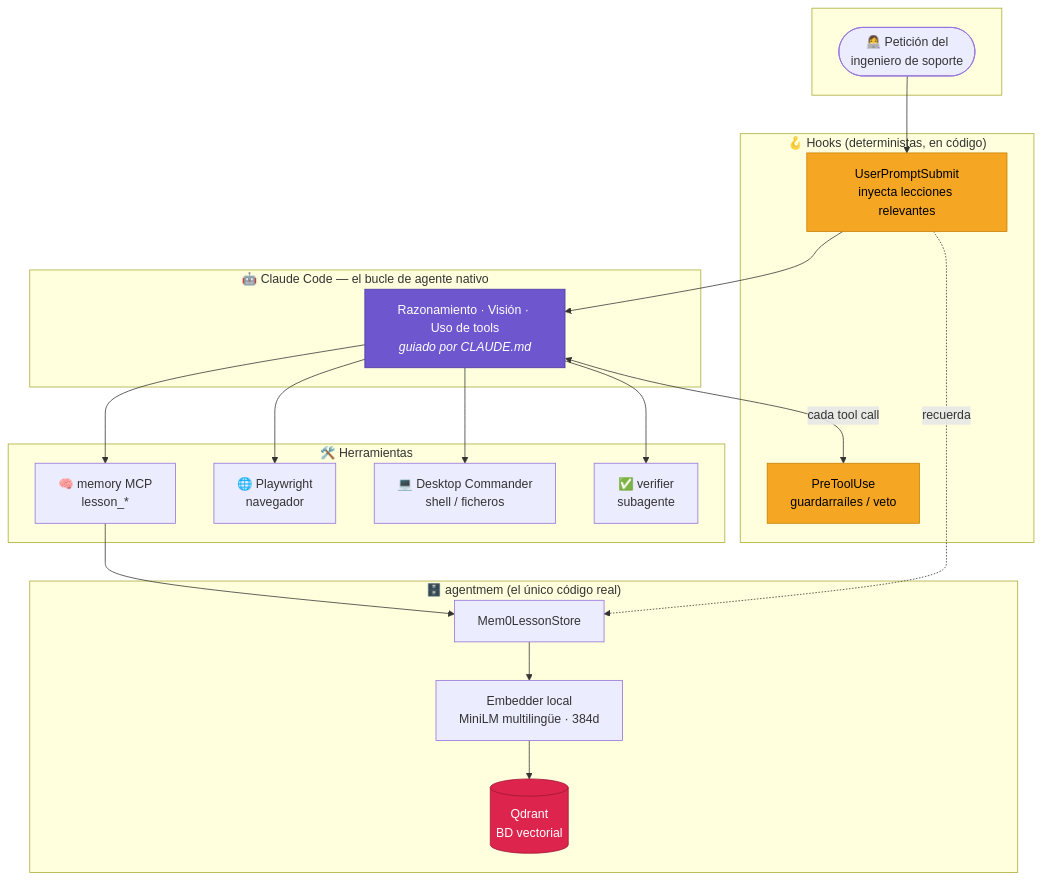
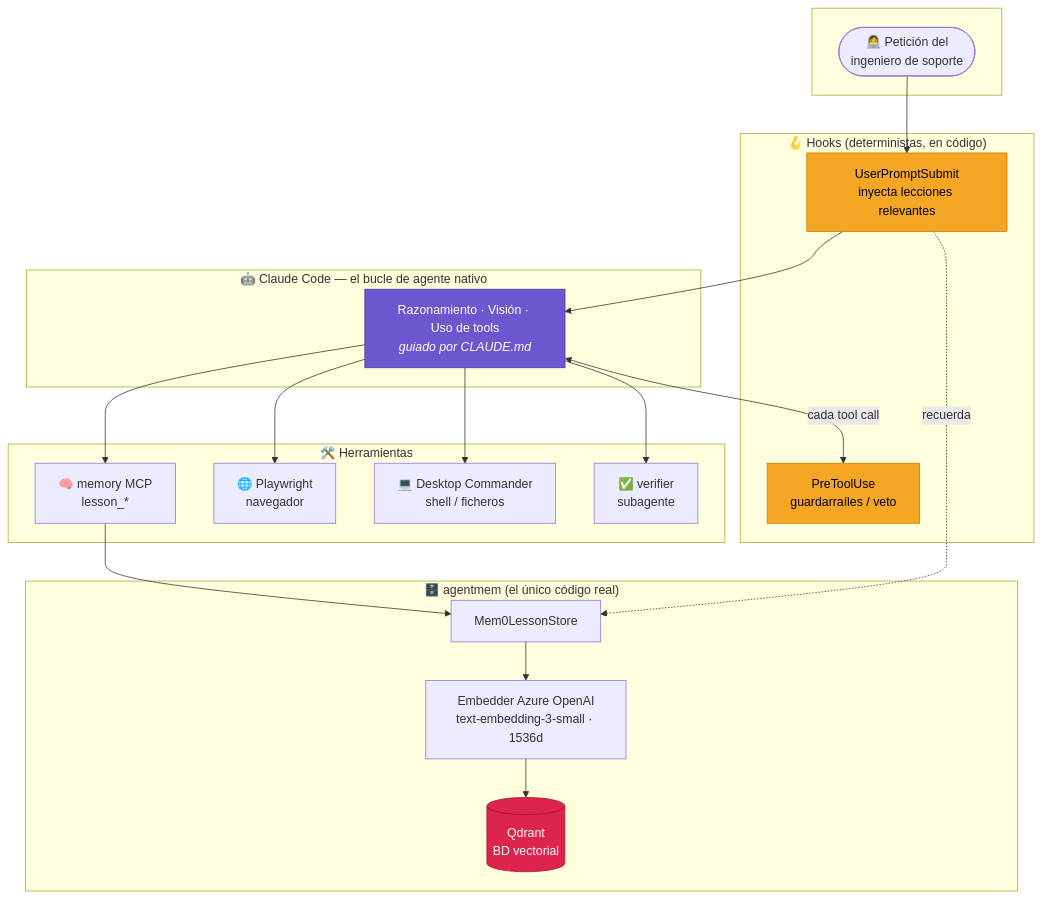
Before and after one commit to mgaldon17/AgentScalator-Claude: the fifth of 8 diagrams in README.md, drawn with Mermaid. The commit also changed other lines of this file and 13 other files, not shown here.

First line of the commit message:
feat: migrate embedder to Azure OpenAI and update RAG backend to Azure AI Search

````diff
--- a/README.md
+++ b/README.md
@@ -392,42 +396,42 @@
 ```mermaid
 flowchart TB
     subgraph user [" "]
         ENG([👩‍💻 Petición del<br/>ingeniero de soporte])
     end
 
     subgraph cc ["🤖 Claude Code — el bucle de agente nativo"]
         BRAIN["Razonamiento · Visión · Uso de tools<br/><i>guiado por CLAUDE.md</i>"]
     end
 
     subgraph hooks ["🪝 Hooks (deterministas, en código)"]
         H1["UserPromptSubmit<br/>inyecta lecciones relevantes"]
         H2["PreToolUse<br/>guardarraíles / veto"]
     end
 
     subgraph tools ["🛠️ Herramientas"]
         T1["🧠 memory MCP<br/>lesson_*"]
         T2["🌐 Playwright<br/>navegador"]
         T3["💻 Desktop Commander<br/>shell / ficheros"]
         T4["✅ verifier<br/>subagente"]
     end
 
     subgraph mem ["🗄️ agentmem (el único código real)"]
         STORE["Mem0LessonStore"]
-        EMB["Embedder local<br/>MiniLM multilingüe · 384d"]
+        EMB["Embedder Azure OpenAI<br/>text-embedding-3-small · 1536d"]
         QDR[("Qdrant<br/>BD vectorial")]
     end
 
     ENG --> H1 --> BRAIN
     BRAIN <-->|cada tool call| H2
     BRAIN --> T1 & T2 & T3 & T4
     T1 --> STORE
     H1 -.recuerda.-> STORE
     STORE --> EMB --> QDR
 
     classDef brain fill:#6E56CF,stroke:#4A3AA0,color:#fff
     classDef hook fill:#F5A623,stroke:#C77F00,color:#000
     classDef store fill:#DC244C,stroke:#9E1535,color:#fff
     class BRAIN brain
     class H1,H2 hook
     class QDR store
 ```
````
